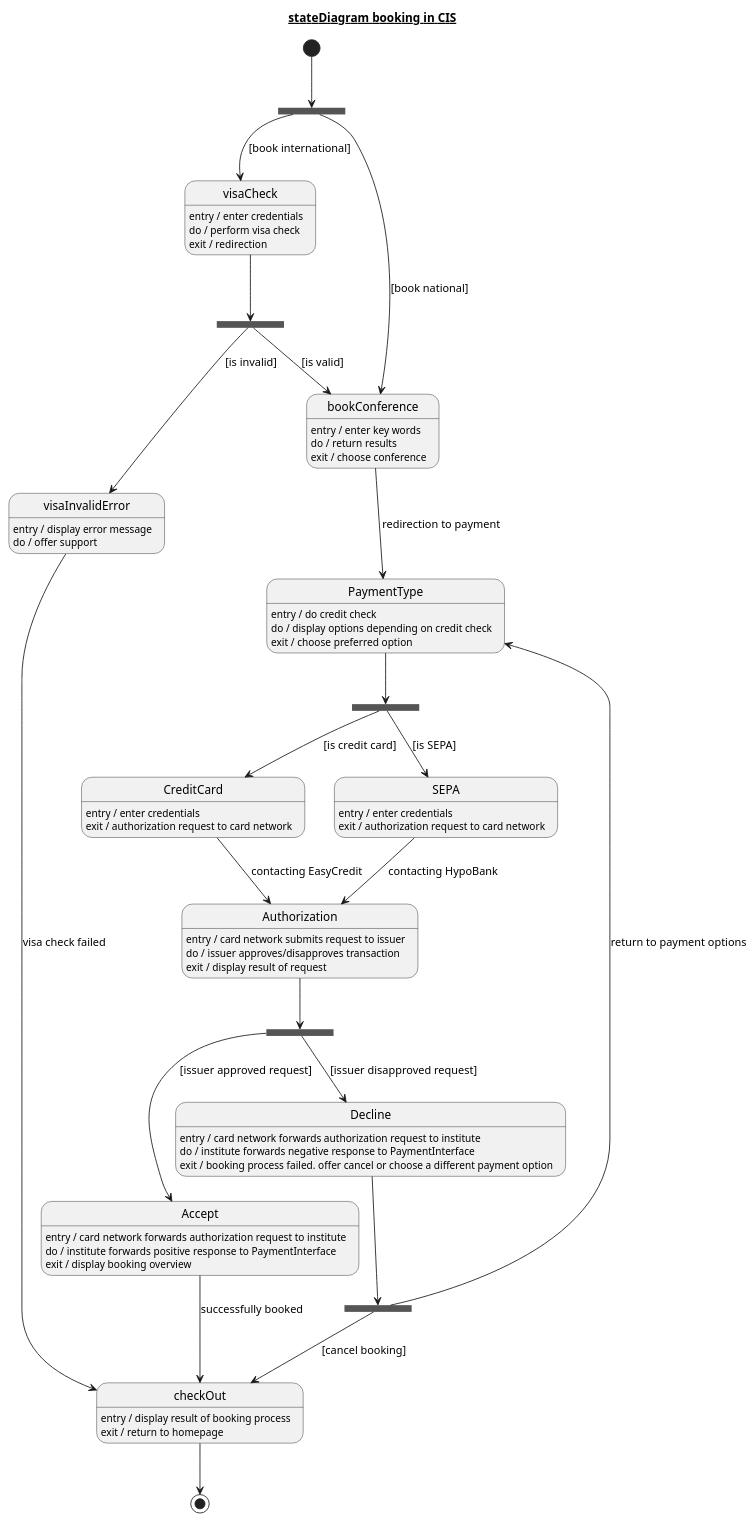
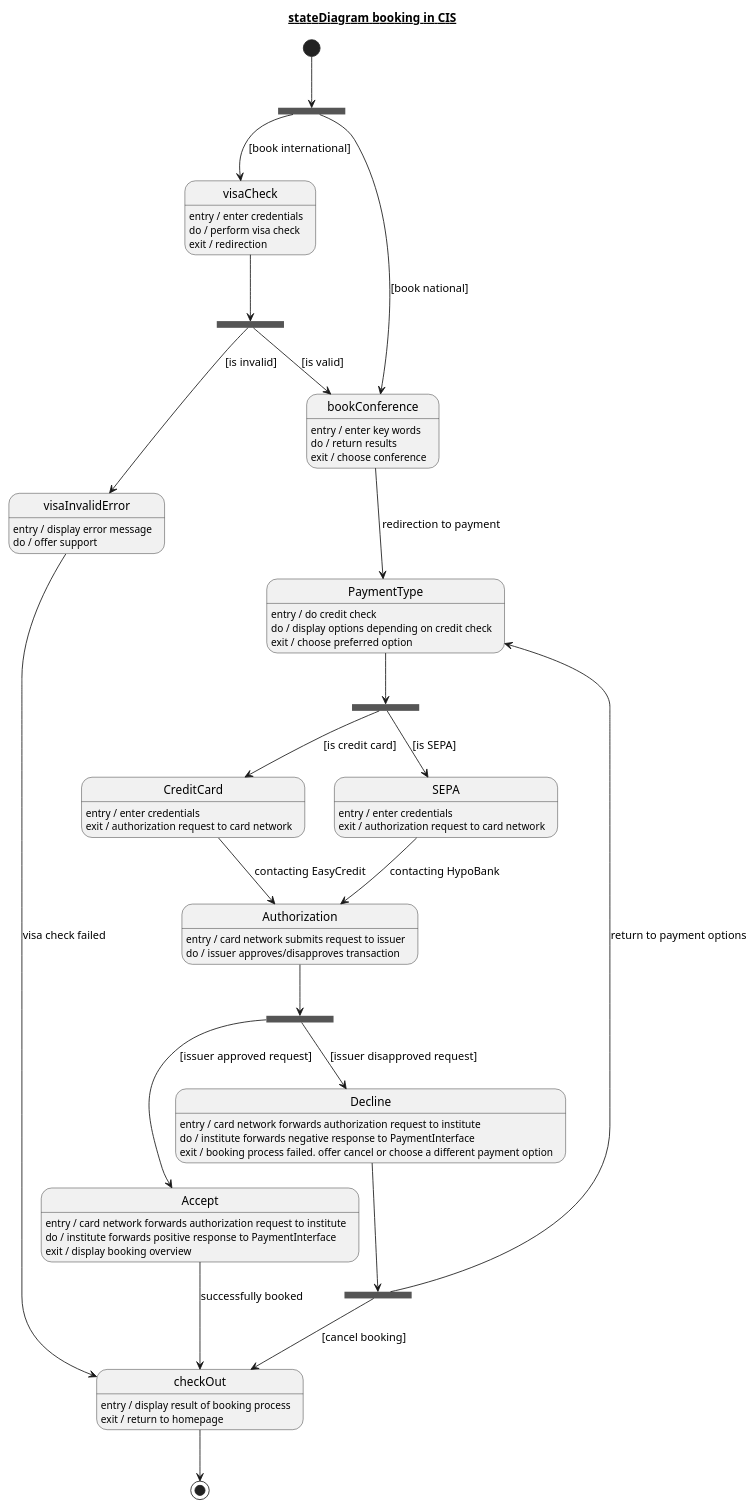
Before and after one commit to 1nbetw33n/1NSIDE_STYX: the diagram in src/main/JAVA_SRC/_1nbetw33n/_1NSIDE_STYX/SoftwareEngineering1/EX6/NO4/stateDiagram_bookingCIS.puml, drawn with PlantUML. The commit also changed 5 other files, not shown here.

Commit message:
Minor update in stateDiagram_bookingCIS.puml. Added more test cases for RegExCheck and implemented all method except for java class names and phone numbers

```diff
--- a/src/main/JAVA_SRC/_1nbetw33n/_1NSIDE_STYX/SoftwareEngineering1/EX6/NO4/stateDiagram_bookingCIS.puml
+++ b/src/main/JAVA_SRC/_1nbetw33n/_1NSIDE_STYX/SoftwareEngineering1/EX6/NO4/stateDiagram_bookingCIS.puml
@@ -1,76 +1,75 @@
 @startuml
 
 title __**stateDiagram booking in CIS**__
 state forkBooking <<fork>>
 state forkVisaValidity <<fork>>
 state forkPaymentOptions <<fork>>
 state forkAuthorizationApproval <<fork>>
 state forkDecline <<fork>>
 
 visaCheck : entry / enter credentials
 visaCheck : do / perform visa check
 visaCheck : exit / redirection
 
 visaInvalidError : entry / display error message
 visaInvalidError : do / offer support
 
 bookConference : entry / enter key words
 bookConference : do / return results
 bookConference : exit / choose conference
 
 PaymentType : entry / do credit check
 PaymentType : do / display options depending on credit check
 PaymentType : exit / choose preferred option
 
 SEPA : entry / enter credentials
 SEPA : exit / authorization request to card network
 
 CreditCard : entry / enter credentials
 CreditCard : exit / authorization request to card network
 
 Authorization : entry / card network submits request to issuer
 Authorization : do / issuer approves/disapproves transaction
-Authorization : exit / display result of request
 
 Accept : entry / card network forwards authorization request to institute
 Accept : do / institute forwards positive response to PaymentInterface
 Accept : exit / display booking overview
 
 Decline : entry / card network forwards authorization request to institute
 Decline : do / institute forwards negative response to PaymentInterface
 Decline : exit / booking process failed. offer cancel or choose a different payment option
 
 checkOut : entry / display result of booking process
 checkOut : exit / return to homepage
 
 
 
 [*] --> forkBooking
 
 forkBooking --> bookConference : [book national]
 forkBooking --> visaCheck : [book international]
 
 visaCheck --> forkVisaValidity
 forkVisaValidity --> bookConference : [is valid]
 forkVisaValidity --> visaInvalidError : [is invalid]
 bookConference --> PaymentType : redirection to payment
 
 PaymentType --> forkPaymentOptions
 forkPaymentOptions --> SEPA : [is SEPA]
 forkPaymentOptions --> CreditCard : [is credit card]
 SEPA --> Authorization : contacting HypoBank
 CreditCard --> Authorization : contacting EasyCredit
 
 Authorization --> forkAuthorizationApproval
 forkAuthorizationApproval --> Accept : [issuer approved request]
 forkAuthorizationApproval --> Decline : [issuer disapproved request]
 
 Accept --> checkOut : successfully booked
 Decline --> forkDecline
 forkDecline --> checkOut : [cancel booking]
 forkDecline --> PaymentType : return to payment options
 visaInvalidError --> checkOut : visa check failed
 
 checkOut --> [*]
 
 @enduml
```
